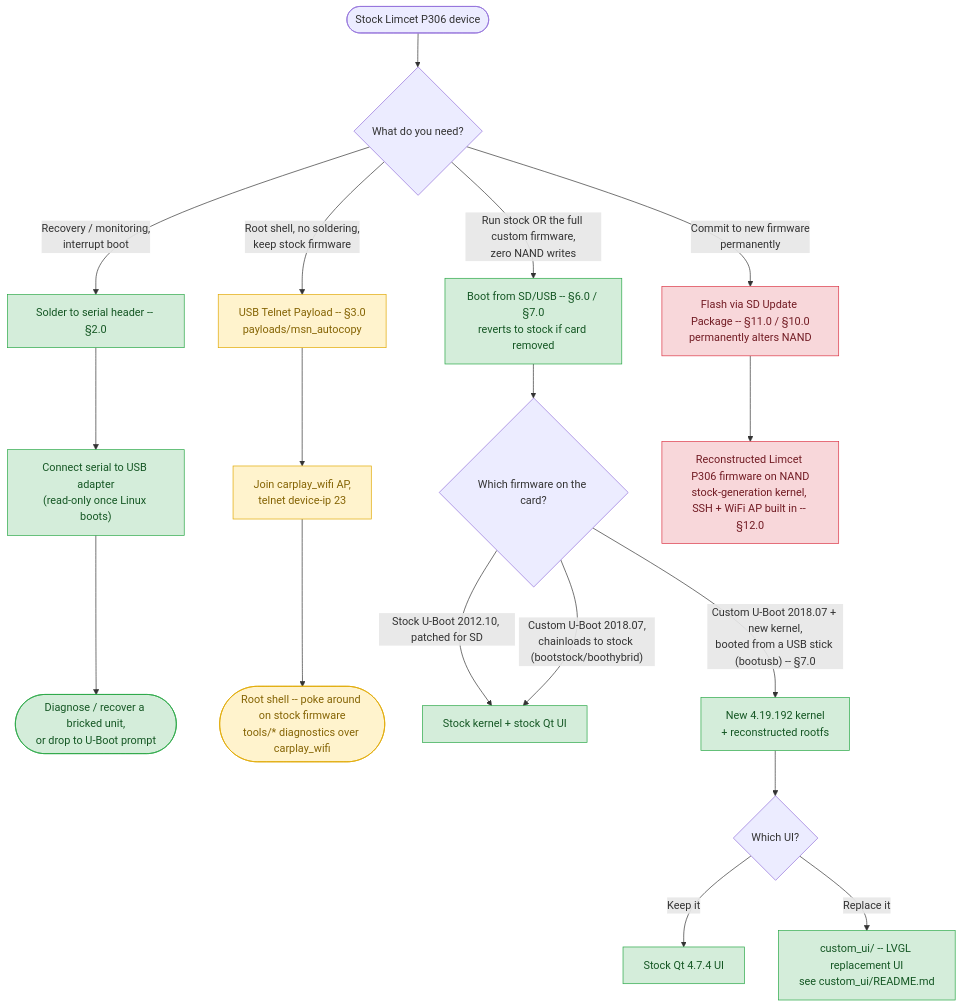
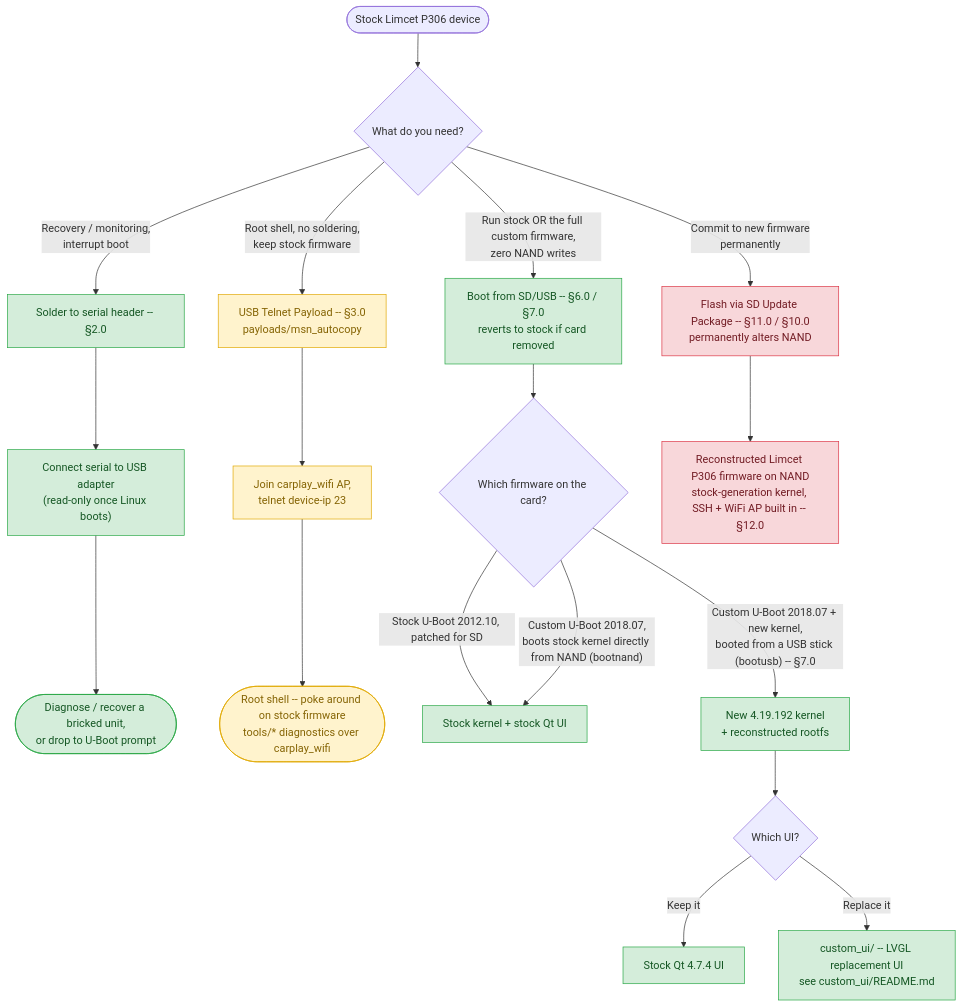
One commit to yogihybo/Limcet-P305-Box-Android-Auto-Carplay changed the diagram in README.md. Above: the diagram before and after it, drawn with Mermaid.

Commit message:
docs: fix flowchart's custom-U-Boot-to-stock branch to say bootnand, not bootstock
Follows the earlier §7.0 fix: the custom U-Boot reaches the stock
kernel+UI directly via bootnand (reads kernel/rootfs straight from
NAND, no chainload), not via bootstock/boothybrid chainloading the
real stock U-Boot binary.

````diff
--- a/README.md
+++ b/README.md
@@ -11,32 +11,32 @@
 ```mermaid
 flowchart TD
     Start(["Stock Limcet P306 device"]) --> Q1{"What do you need?"}
 
     Q1 -->|"Recovery / monitoring,<br/>interrupt boot"| Serial["Solder to serial header -- §2.0"]
     Q1 -->|"Root shell, no soldering,<br/>keep stock firmware"| Telnet["USB Telnet Payload -- §3.0<br/>payloads/msn_autocopy"]
     Q1 -->|"Run stock OR the full custom firmware,<br/>zero NAND writes"| SDBoot["Boot from SD/USB -- §6.0 / §7.0<br/>reverts to stock if card removed"]
     Q1 -->|"Commit to new firmware<br/>permanently"| Flash["Flash via SD Update Package -- §11.0 / §10.0<br/>permanently alters NAND"]
 
     Serial --> USBAdapter["Connect serial to USB adapter<br/>(read-only once Linux boots)"]
     USBAdapter --> Diagnose(["Diagnose / recover a bricked unit,<br/>or drop to U-Boot prompt"])
     Telnet --> Connect["Join carplay_wifi AP,<br/>telnet device-ip 23"]
     Connect --> Poke(["Root shell -- poke around on stock firmware<br/>tools/* diagnostics over carplay_wifi"])
 
     SDBoot --> Q2{"Which firmware on the card?"}
     Q2 -->|"Stock U-Boot 2012.10, patched for SD"| StockPath["Stock kernel + stock Qt UI"]
-    Q2 -->|"Custom U-Boot 2018.07,<br/>chainloads to stock (bootstock/boothybrid)"| StockPath
+    Q2 -->|"Custom U-Boot 2018.07,<br/>boots stock kernel directly from NAND (bootnand)"| StockPath
     Q2 -->|"Custom U-Boot 2018.07 + new kernel,<br/>booted from a USB stick (bootusb) -- §7.0"| NewKernel["New 4.19.192 kernel<br/>+ reconstructed rootfs"]
 
     Flash --> Recon["Reconstructed Limcet P306 firmware on NAND<br/>stock-generation kernel, SSH + WiFi AP built in -- §12.0"]
 
     NewKernel --> Q3{"Which UI?"}
     Q3 -->|"Keep it"| StockUI["Stock Qt 4.7.4 UI"]
     Q3 -->|"Replace it"| CustomUI["custom_ui/ -- LVGL replacement UI<br/>see custom_ui/README.md"]
 
     classDef lowrisk fill:#d4edda,stroke:#28a745,color:#155724
     classDef medrisk fill:#fff3cd,stroke:#e0a800,color:#856404
     classDef highrisk fill:#f8d7da,stroke:#dc3545,color:#721c24
     class Serial,USBAdapter,SDBoot,Diagnose,StockPath,StockUI,NewKernel,CustomUI lowrisk
     class Telnet,Connect,Poke medrisk
     class Flash,Recon highrisk
 ```
````
